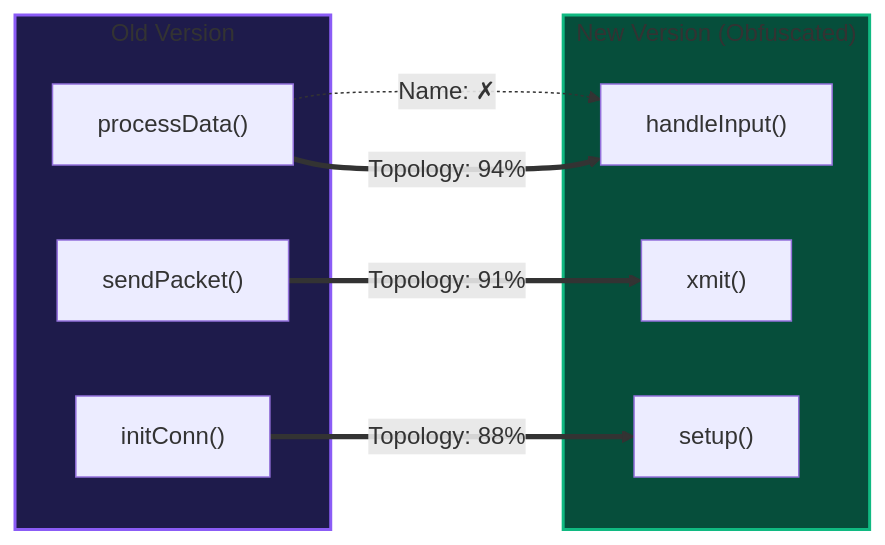
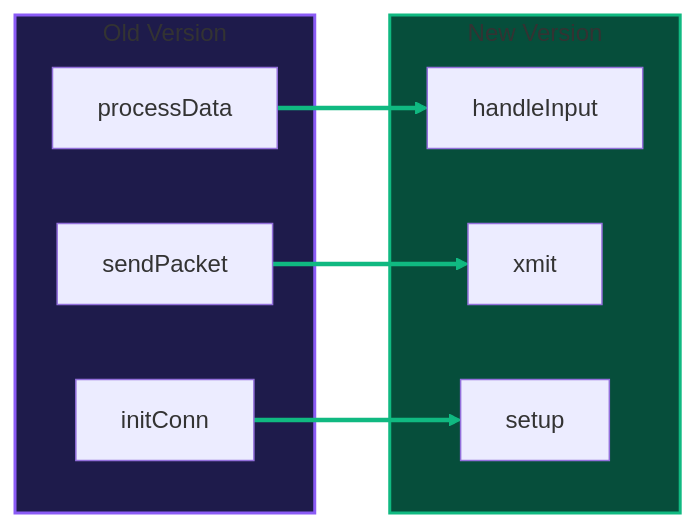
The second of 3 diagrams in README.md (BlackVectorOps/semantic_firewall), drawn with Mermaid before and after one commit. The commit also changed other lines of this file, not shown here.

````diff
--- a/README.md
+++ b/README.md
@@ -636,22 +663,25 @@
 ```mermaid
 flowchart LR
-    subgraph old["Old Version"]
-        O1["processData()"]
-        O2["sendPacket()"]
-        O3["initConn()"]
+    subgraph old[Old Version]
+        O1[processData]
+        O2[sendPacket]
+        O3[initConn]
     end
     
-    subgraph new["New Version (Obfuscated)"]
-        N1["handleInput()"]
-        N2["xmit()"]
-        N3["setup()"]
+    subgraph new[New Version]
+        N1[handleInput]
+        N2[xmit]
+        N3[setup]
     end
     
-    O1 -.->|"Name: ✗"| N1
-    O1 ==>|"Topology: 94%"| N1
-    O2 ==>|"Topology: 91%"| N2
-    O3 ==>|"Topology: 88%"| N3
+    O1 --> N1
+    O2 --> N2
+    O3 --> N3
+    
+    linkStyle 0 stroke:#10b981,stroke-width:3px
+    linkStyle 1 stroke:#10b981,stroke-width:3px
+    linkStyle 2 stroke:#10b981,stroke-width:3px
     
     style old fill:#1e1b4b,stroke:#8b5cf6,stroke-width:2px
     style new fill:#064e3b,stroke:#10b981,stroke-width:2px
 ```
````
